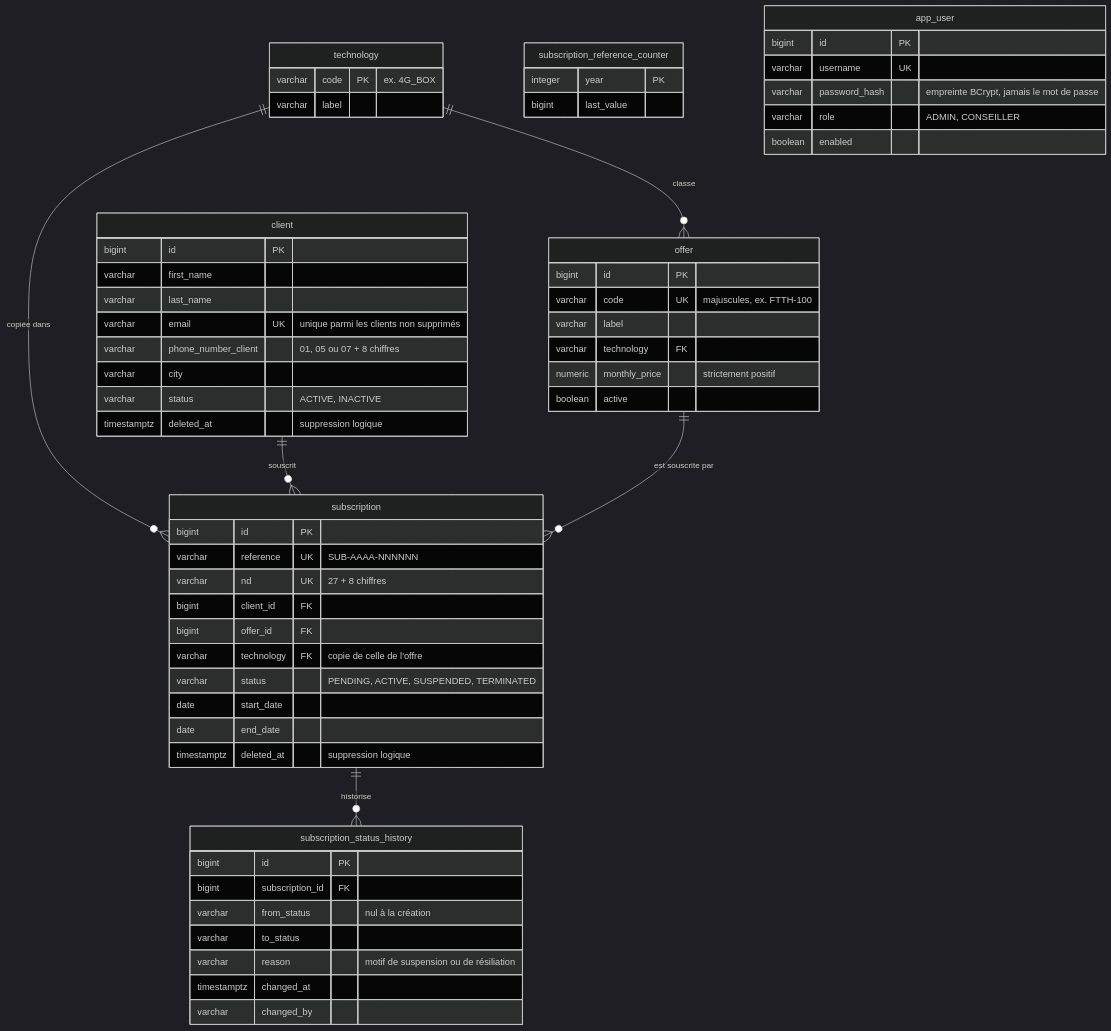
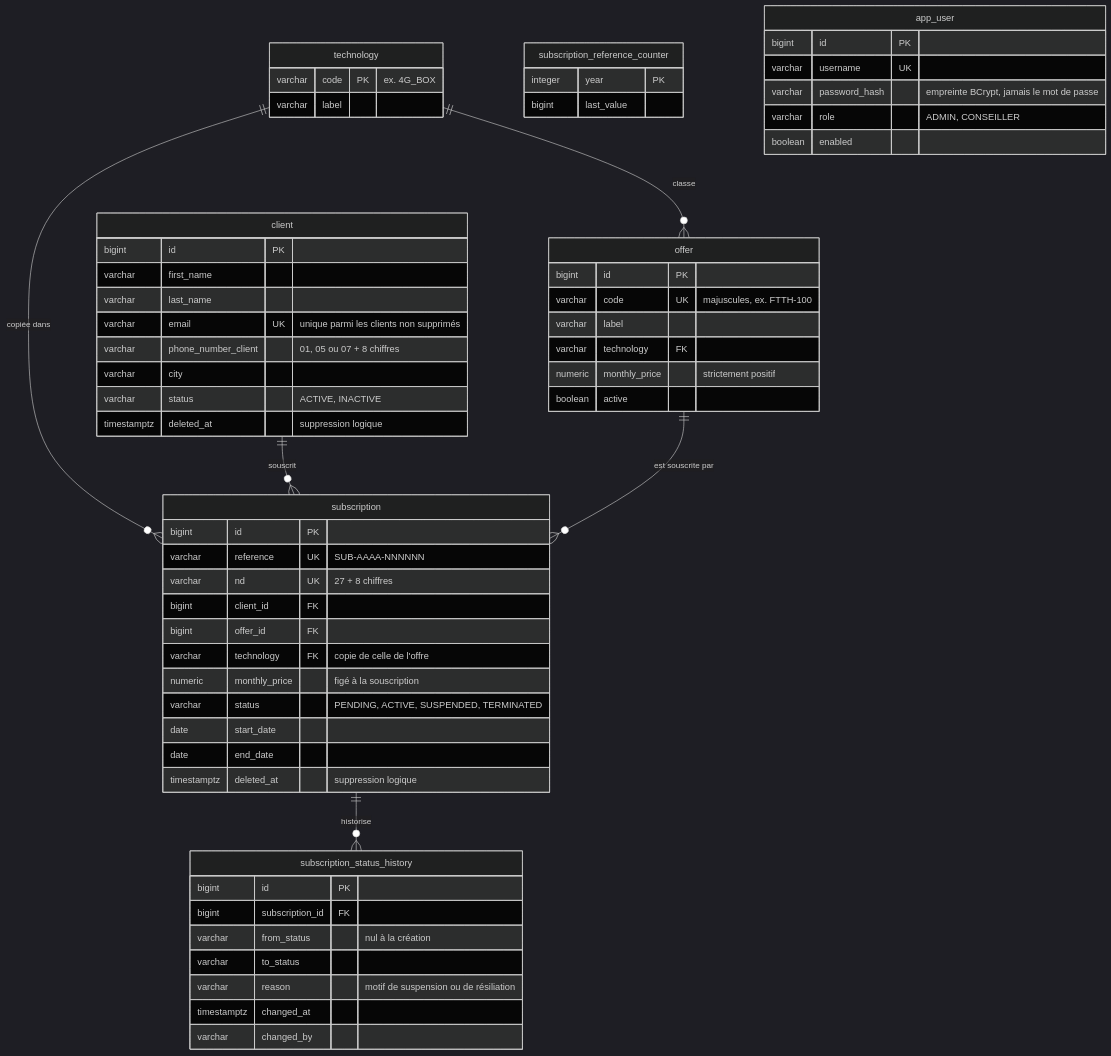
Before and after one commit to Ultimatu/subscription-test-api: the diagram in docs/base-de-donnees.md, drawn with Mermaid (dark theme). The commit also changed other lines of this file and 22 other files, not shown here.

First line of the commit message:
feat: freeze the monthly price of a subscription when it is created

````diff
--- a/docs/base-de-donnees.md
+++ b/docs/base-de-donnees.md
@@ -7,63 +7,64 @@
 ```mermaid
 erDiagram
     technology ||--o{ offer : "classe"
     technology ||--o{ subscription : "copiée dans"
     client ||--o{ subscription : "souscrit"
     offer ||--o{ subscription : "est souscrite par"
     subscription ||--o{ subscription_status_history : "historise"
 
     technology {
         varchar code PK "ex. 4G_BOX"
         varchar label
     }
     offer {
         bigint id PK
         varchar code UK "majuscules, ex. FTTH-100"
         varchar label
         varchar technology FK
         numeric monthly_price "strictement positif"
         boolean active
     }
     client {
         bigint id PK
         varchar first_name
         varchar last_name
         varchar email UK "unique parmi les clients non supprimés"
         varchar phone_number_client "01, 05 ou 07 + 8 chiffres"
         varchar city
         varchar status "ACTIVE, INACTIVE"
         timestamptz deleted_at "suppression logique"
     }
     subscription {
         bigint id PK
         varchar reference UK "SUB-AAAA-NNNNNN"
         varchar nd UK "27 + 8 chiffres"
         bigint client_id FK
         bigint offer_id FK
         varchar technology FK "copie de celle de l'offre"
+        numeric monthly_price "figé à la souscription"
         varchar status "PENDING, ACTIVE, SUSPENDED, TERMINATED"
         date start_date
         date end_date
         timestamptz deleted_at "suppression logique"
     }
     subscription_status_history {
         bigint id PK
         bigint subscription_id FK
         varchar from_status "nul à la création"
         varchar to_status
         varchar reason "motif de suspension ou de résiliation"
         timestamptz changed_at
         varchar changed_by
     }
     subscription_reference_counter {
         integer year PK
         bigint last_value
     }
     app_user {
         bigint id PK
         varchar username UK
         varchar password_hash "empreinte BCrypt, jamais le mot de passe"
         varchar role "ADMIN, CONSEILLER"
         boolean enabled
     }
 ```
````
